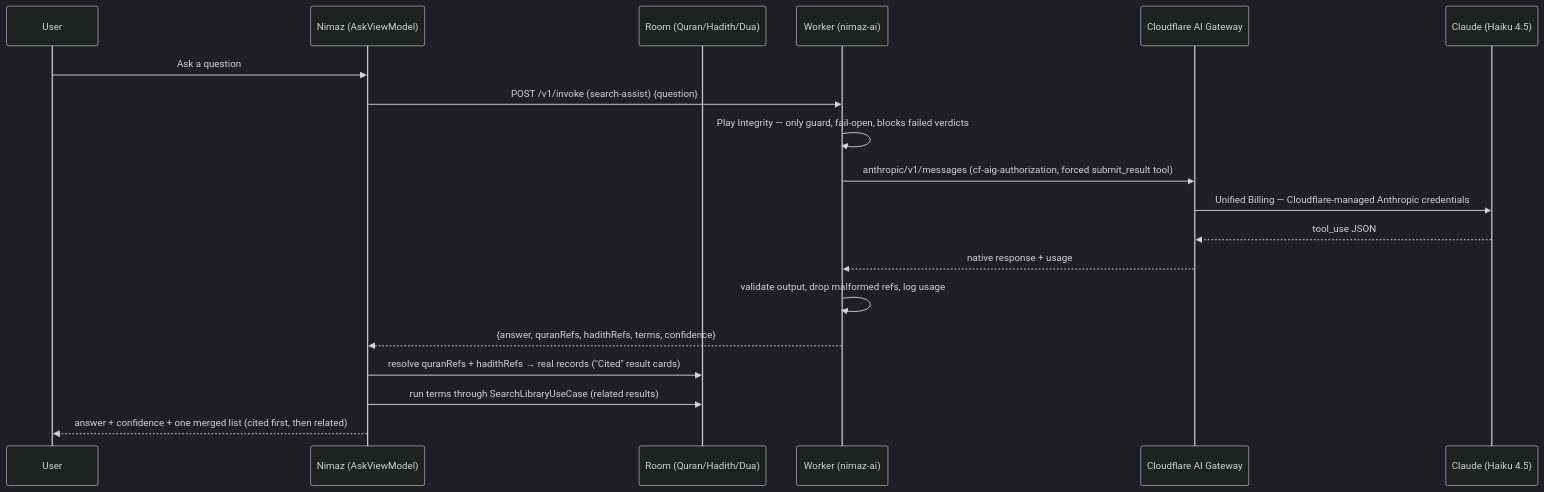
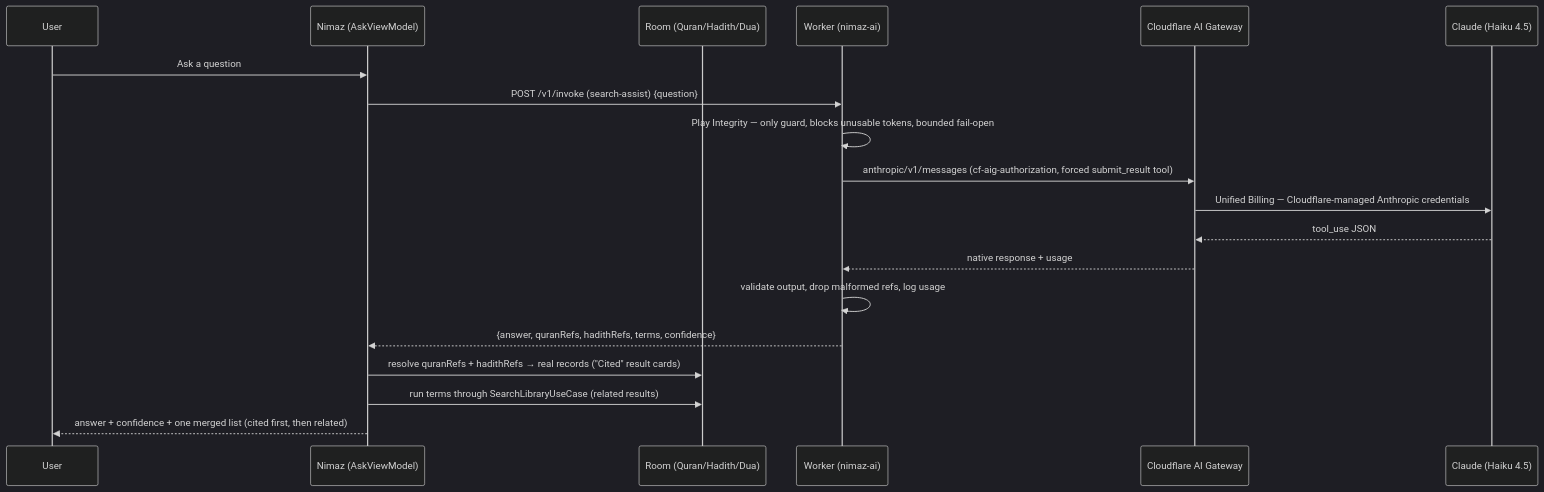
One commit to arshad-shah/Nimaz changed the diagram in docs/ai-ask-with-proof.md. Above: the diagram before and after it, drawn with Mermaid (dark theme). The commit also changed other lines of this file and 6 other files, not shown here.

````diff
--- a/docs/ai-ask-with-proof.md
+++ b/docs/ai-ask-with-proof.md
@@ -80,22 +80,22 @@
 ```mermaid
 sequenceDiagram
     participant U as User
     participant App as Nimaz (AskViewModel)
     participant Room as Room (Quran/Hadith/Dua)
     participant W as Worker (nimaz-ai)
     participant GW as Cloudflare AI Gateway
     participant C as Claude (Haiku 4.5)
 
     U->>App: Ask a question
     App->>W: POST /v1/invoke (search-assist) {question}
-    W->>W: Play Integrity — only guard, fail-open, blocks failed verdicts
+    W->>W: Play Integrity — only guard, blocks unusable tokens, bounded fail-open
     W->>GW: anthropic/v1/messages (cf-aig-authorization, forced submit_result tool)
     GW->>C: Unified Billing — Cloudflare-managed Anthropic credentials
     C-->>GW: tool_use JSON
     GW-->>W: native response + usage
     W->>W: validate output, drop malformed refs, log usage
     W-->>App: {answer, quranRefs, hadithRefs, terms, confidence}
     App->>Room: resolve quranRefs + hadithRefs → real records ("Cited" result cards)
     App->>Room: run terms through SearchLibraryUseCase (related results)
     App-->>U: answer + confidence + one merged list (cited first, then related)
 ```
````
